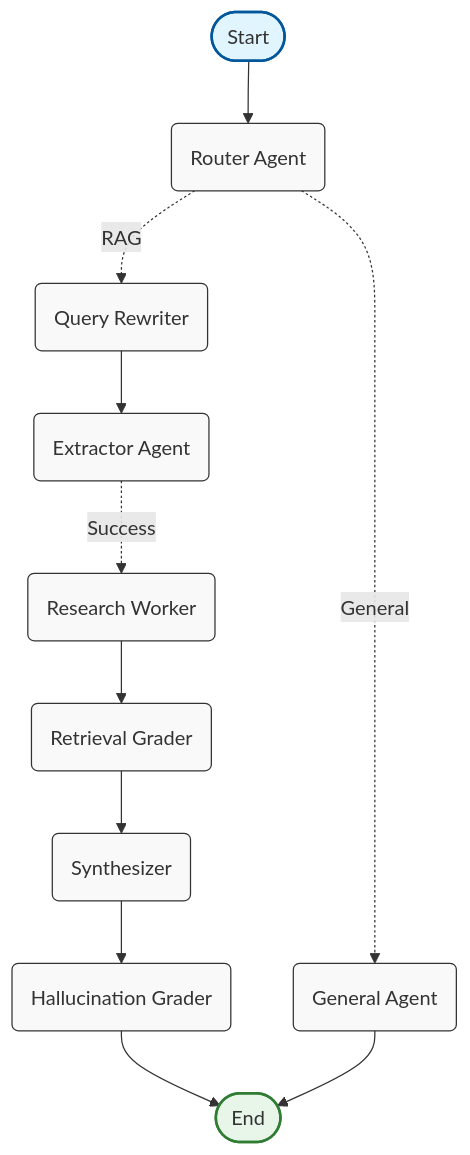
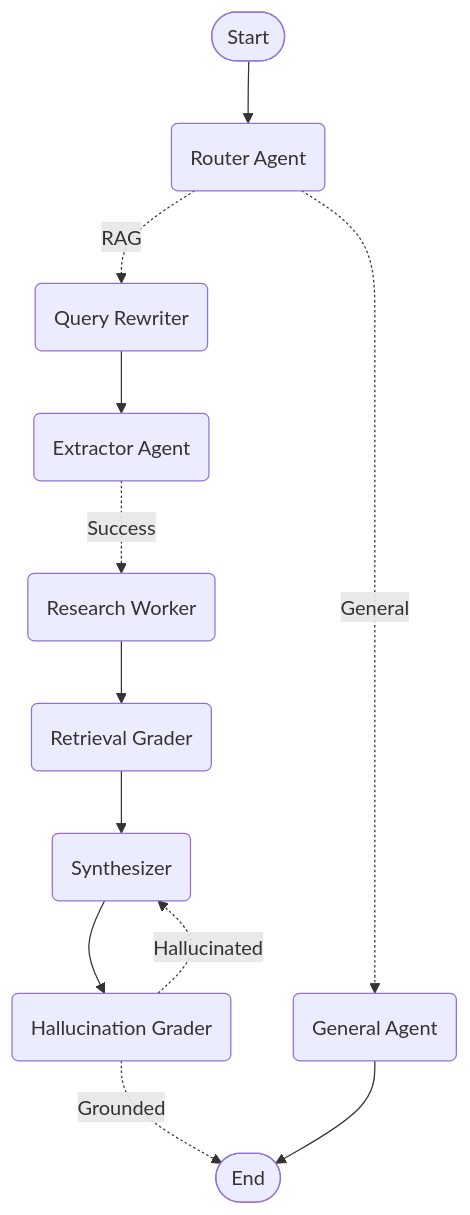
Before and after one commit to dvlastnik/rag-mendelu: the diagram in README.md, drawn with Mermaid. The commit also changed 3 other files, not shown here.

````diff
--- a/README.md
+++ b/README.md
@@ -107,35 +107,25 @@
 ```mermaid
 graph TD
     Start([Start]):::first
     router(Router Agent)
     general(General Agent)
     rewriter(Query Rewriter)
     extractor(Extractor Agent)
     worker(Research Worker)
     grader(Retrieval Grader)
     hallucination(Hallucination Grader)
     synth(Synthesizer)
     End([End]):::last
 
-    %% Flow
-    Start --> router
-    
+    Start --> router    
     router -.->|General| general
     router -.->|RAG| rewriter
-    
     rewriter --> extractor
-    
     extractor -.->|Success| worker
-    
     worker --> grader
     grader --> synth
     synth --> hallucination
-    
-    hallucination --> End
+    hallucination -.->|Grounded| End
+    hallucination -.->|Hallucinated| synth
     general --> End
-
-    %% Styling
-    classDef default fill:#f9f9f9,stroke:#333,stroke-width:1px;
-    classDef first fill:#e1f5fe,stroke:#01579b,stroke-width:2px;
-    classDef last fill:#e8f5e9,stroke:#2e7d32,stroke-width:2px;
 ```
````
